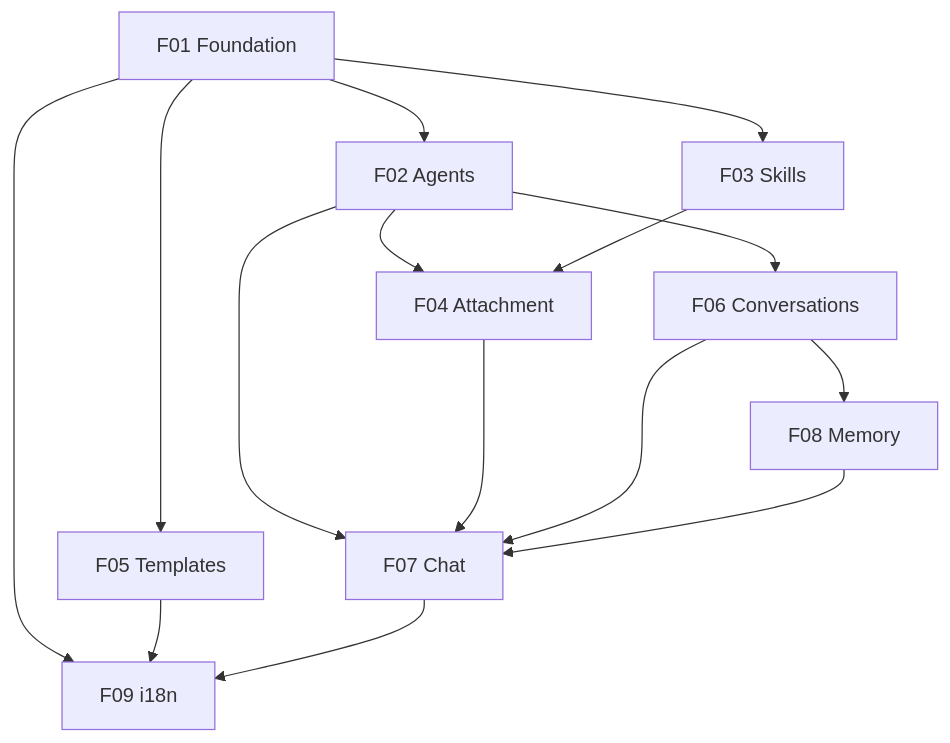
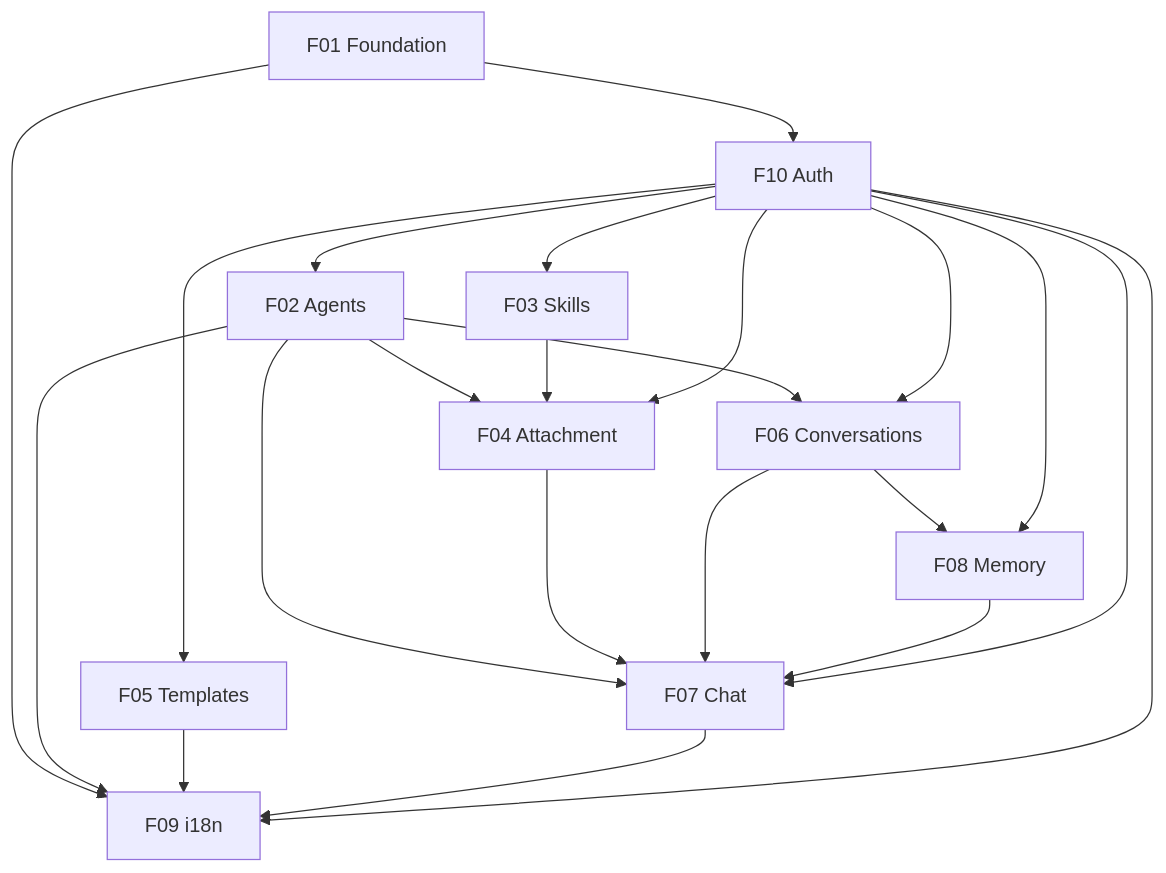
Before and after one commit to jvalsesia/agent-maker: the diagram in docs/PRD.md, drawn with Mermaid. The commit also changed other lines of this file, not shown here.

First line of the commit message:
docs(prd): add F10 Access and Identity (FusionAuth, shared workspace)

````diff
--- a/docs/PRD.md
+++ b/docs/PRD.md
@@ -456,17 +509,24 @@
 ```mermaid
 graph TD
-  F01[F01 Foundation] --> F02[F02 Agents]
-  F01 --> F03[F03 Skills]
-  F01 --> F05[F05 Templates]
+  F01[F01 Foundation] --> F10[F10 Auth]
+  F10 --> F02[F02 Agents]
+  F10 --> F03[F03 Skills]
+  F10 --> F05[F05 Templates]
   F02 --> F04[F04 Attachment]
   F03 --> F04
+  F10 --> F04
   F02 --> F06[F06 Conversations]
+  F10 --> F06
   F06 --> F08[F08 Memory]
+  F10 --> F08
   F02 --> F07[F07 Chat]
   F04 --> F07
   F06 --> F07
   F08 --> F07
+  F10 --> F07
   F01 --> F09[F09 i18n]
+  F02 --> F09
   F05 --> F09
   F07 --> F09
+  F10 --> F09
 ```
````
